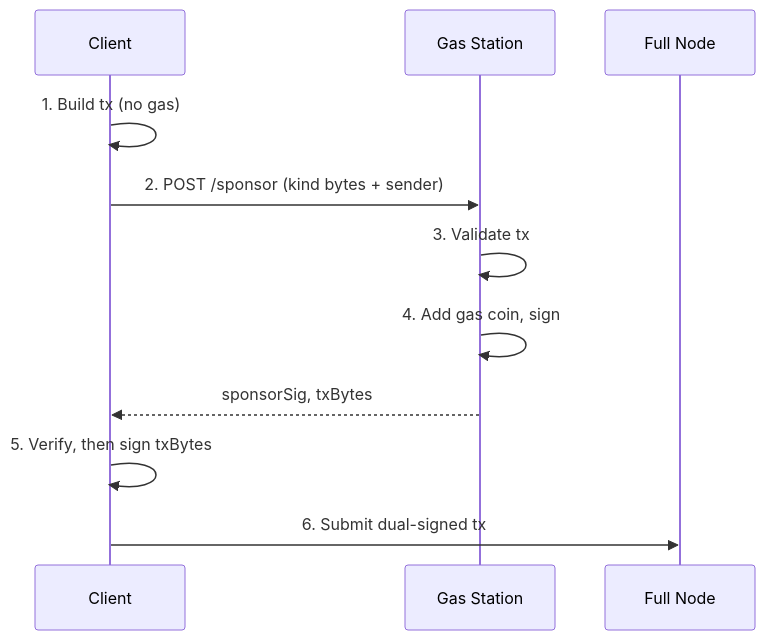
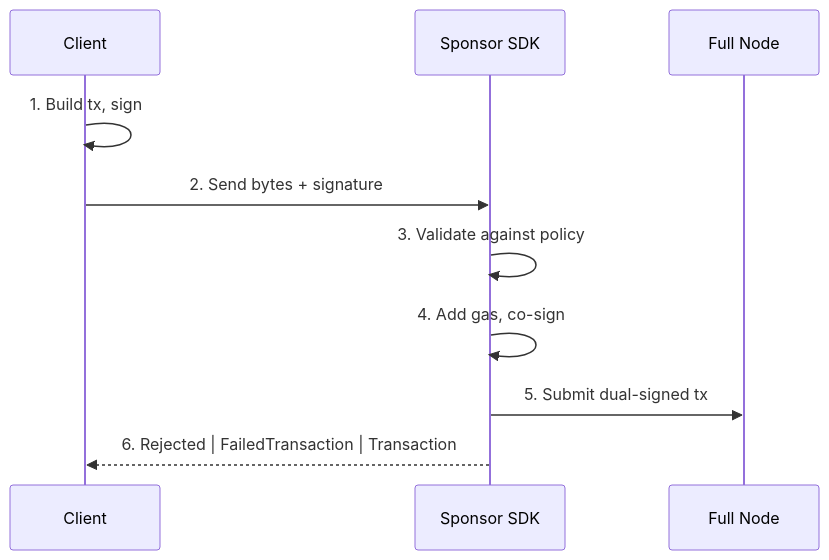
One commit to MystenLabs/sui changed the diagram in docs/content/onchain-finance/gas-station.mdx. Above: the diagram before and after it, drawn with Mermaid. The commit also changed other lines of this file and 7 other files, not shown here.

First line of the commit message:
docs: restructure gas station to lead with @mysten-incubation/sponsor SDK

````diff
--- a/docs/content/onchain-finance/gas-station.mdx
+++ b/docs/content/onchain-finance/gas-station.mdx
@@ -75,13 +76,12 @@
 ```mermaid
 sequenceDiagram
     participant C as Client
-    participant G as Gas Station
+    participant S as Sponsor SDK
     participant N as Full Node
-    C->>C: 1. Build tx (no gas)
-    C->>G: 2. POST /sponsor (kind bytes + sender)
-    G->>G: 3. Validate tx
-    G->>G: 4. Add gas coin, sign
-    G-->>C: sponsorSig, txBytes
-    C->>C: 5. Verify, then sign txBytes
-    C->>N: 6. Submit dual-signed tx
+    C->>C: 1. Build tx, sign
+    C->>S: 2. Send bytes + signature
+    S->>S: 3. Validate against policy
+    S->>S: 4. Add gas, co-sign
+    S->>N: 5. Submit dual-signed tx
+    S-->>C: 6. Rejected | FailedTransaction | Transaction
 ```
````
